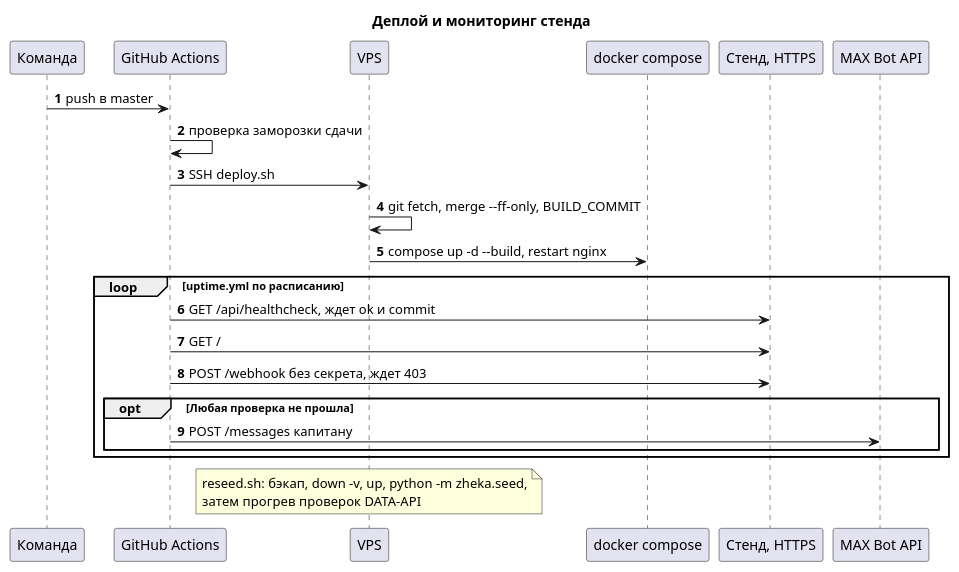
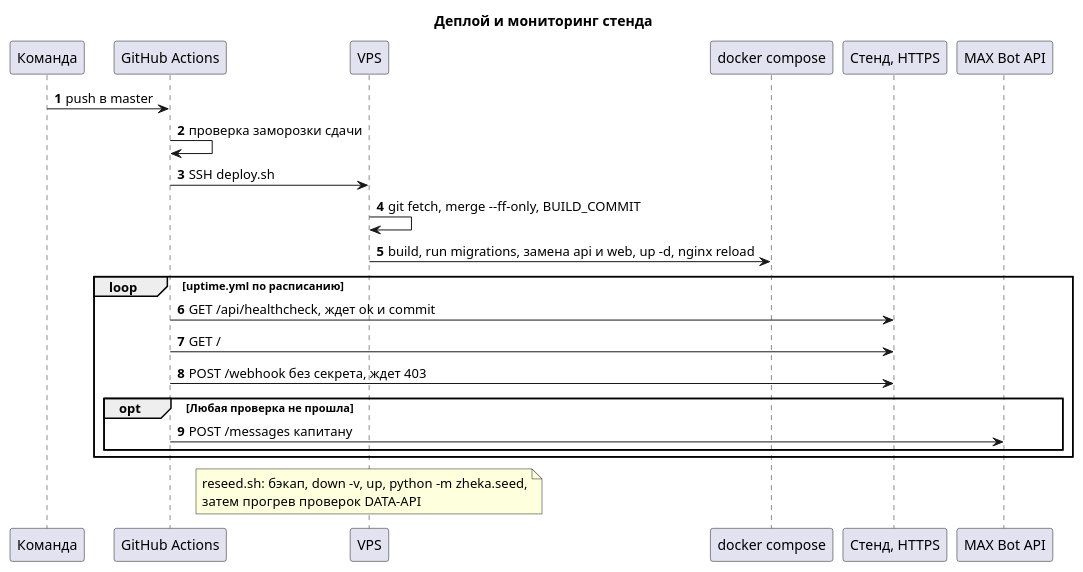
The diagram in docs/architecture/plantuml/17-seq-deploy-uptime.puml (K1rL3s/vkmax-mobilization), drawn with PlantUML before and after one commit. The commit also changed 6 other files, not shown here.

Commit message:
Перевел деплой на замену api и web без простоя

```diff
--- a/docs/architecture/plantuml/17-seq-deploy-uptime.puml
+++ b/docs/architecture/plantuml/17-seq-deploy-uptime.puml
@@ -1,26 +1,26 @@
 @startuml 17-seq-deploy-uptime
 title Деплой и мониторинг стенда
 autonumber
 
 participant "Команда" as Dev
 participant "GitHub Actions" as GH
 participant "VPS" as V
 participant "docker compose" as C
 participant "Стенд, HTTPS" as S
 participant "MAX Bot API" as M
 
 Dev -> GH : push в master
 GH -> GH : проверка заморозки сдачи
 GH -> V : SSH deploy.sh
 V -> V : git fetch, merge --ff-only, BUILD_COMMIT
-V -> C : compose up -d --build, restart nginx
+V -> C : build, run migrations, замена api и web, up -d, nginx reload
 loop uptime.yml по расписанию
   GH -> S : GET /api/healthcheck, ждет ok и commit
   GH -> S : GET /
   GH -> S : POST /webhook без секрета, ждет 403
   opt Любая проверка не прошла
     GH -> M : POST /messages капитану
   end
 end
 note over V : reseed.sh: бэкап, down -v, up, python -m zheka.seed,\nзатем прогрев проверок DATA-API
 @enduml
```
